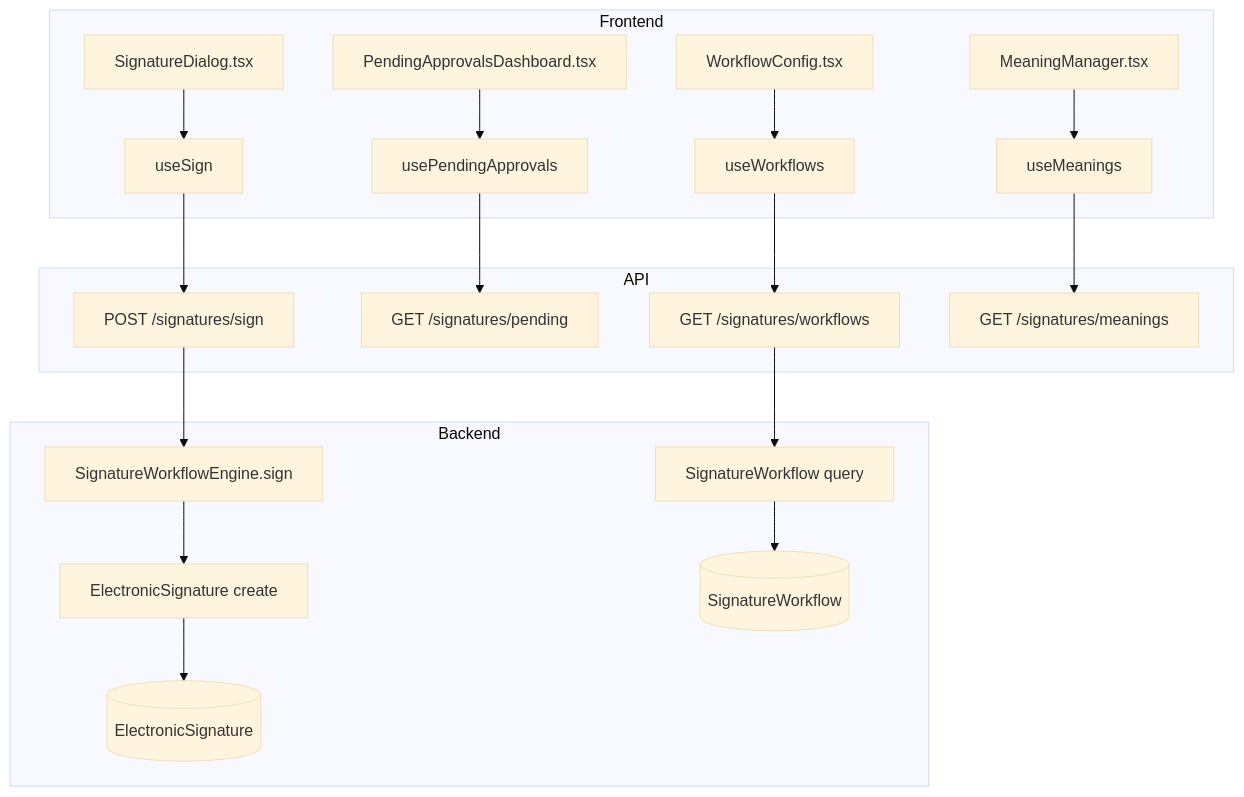
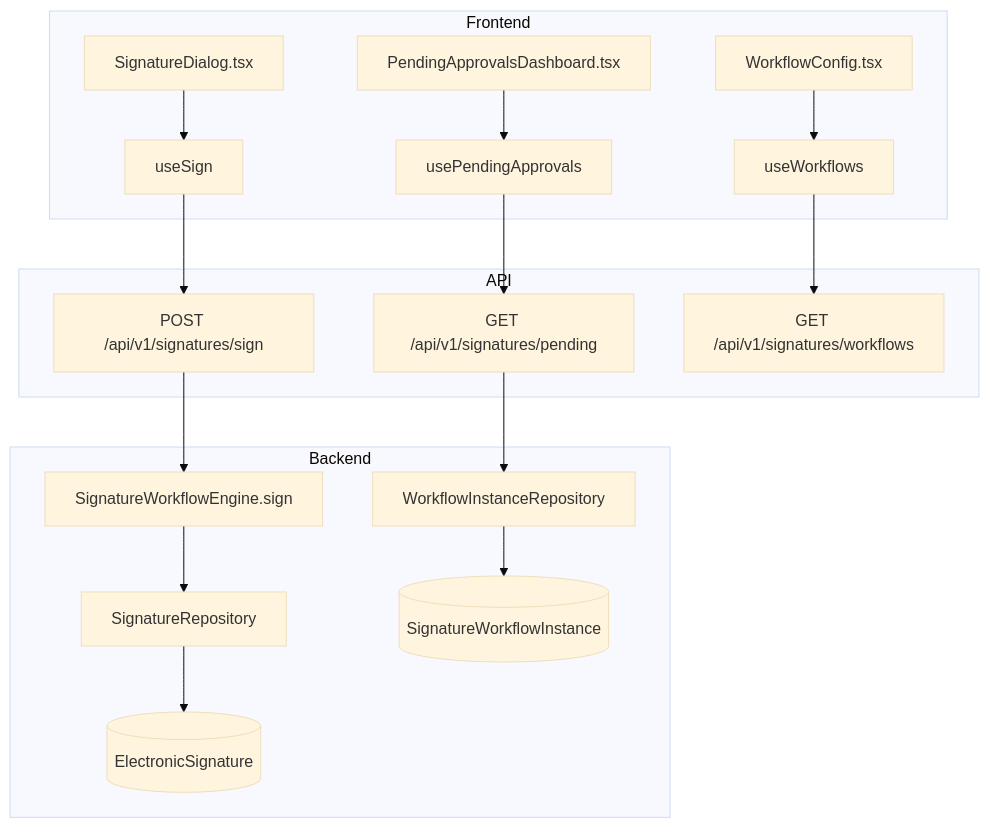
One commit to saturnis-io/cassini changed the first of 2 diagrams in .knowledge/features/signatures.md. Above: the diagram before and after it, drawn with Mermaid (base theme). The commit also changed other lines of this file and 15 other files, not shown here.

Commit message:
knowledge-graph: regenerate

````diff
--- a/.knowledge/features/signatures.md
+++ b/.knowledge/features/signatures.md
@@ -5,22 +5,20 @@
 ```mermaid
 flowchart TD
     subgraph Frontend
         C1[SignatureDialog.tsx] --> H1[useSign]
         C2[PendingApprovalsDashboard.tsx] --> H2[usePendingApprovals]
         C3[WorkflowConfig.tsx] --> H3[useWorkflows]
-        C4[MeaningManager.tsx] --> H4[useMeanings]
     end
     subgraph API
-        H1 --> E1["POST /signatures/sign"]
-        H2 --> E2["GET /signatures/pending"]
-        H3 --> E3["GET /signatures/workflows"]
-        H4 --> E4["GET /signatures/meanings"]
+        H1 --> E1[POST /api/v1/signatures/sign]
+        H2 --> E2[GET /api/v1/signatures/pending]
+        H3 --> E3[GET /api/v1/signatures/workflows]
     end
     subgraph Backend
         E1 --> S1[SignatureWorkflowEngine.sign]
-        S1 --> R1[ElectronicSignature create]
+        S1 --> R1[SignatureRepository]
         R1 --> M1[(ElectronicSignature)]
-        E3 --> R2[SignatureWorkflow query]
-        R2 --> M2[(SignatureWorkflow)]
+        E2 --> R2[WorkflowInstanceRepository]
+        R2 --> M2[(SignatureWorkflowInstance)]
     end
 ```
````
